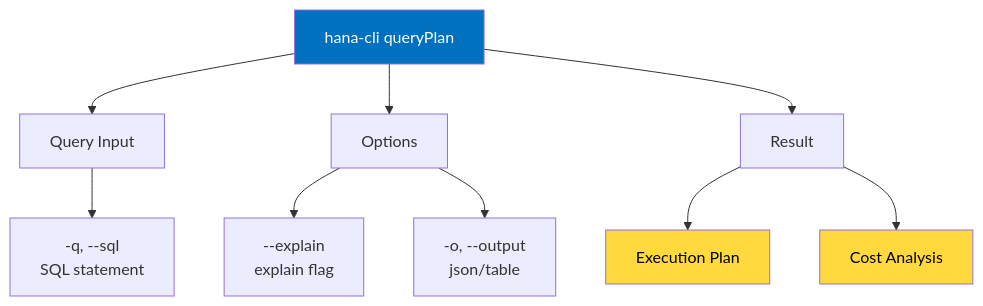
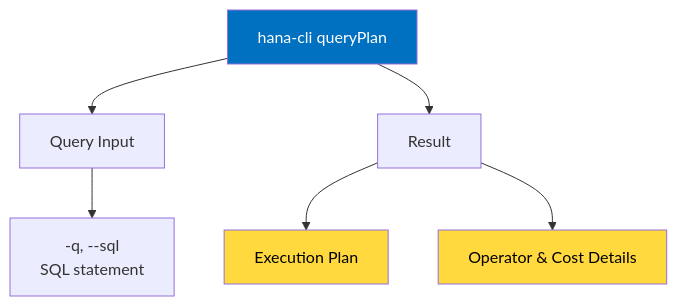
Before and after one commit to SAP-samples/hana-developer-cli-tool-example: diagram 15 of 26 in docs/99-reference/command-reference.md, drawn with Mermaid. The commit also changed other lines of this file and 10 other files, not shown here.

````diff
--- a/docs/99-reference/command-reference.md
+++ b/docs/99-reference/command-reference.md
@@ -585,17 +591,12 @@
 ```mermaid
 graph TD
     A["hana-cli queryPlan"] --> B["Query Input"]
     B --> B1["-q, --sql<br/>SQL statement"]
-    
-    A --> C["Options"]
-    C --> C1["--explain<br/>explain flag"]
-    C --> C2["-o, --output<br/>json/table"]
-    
     A --> D["Result"]
     D --> E["Execution Plan"]
-    D --> F["Cost Analysis"]
+    D --> F["Operator & Cost Details"]
     
     style A fill:#0070C0,color:#fff
     style E fill:#FFD93D,color:#000
     style F fill:#FFD93D,color:#000
 ```
````
